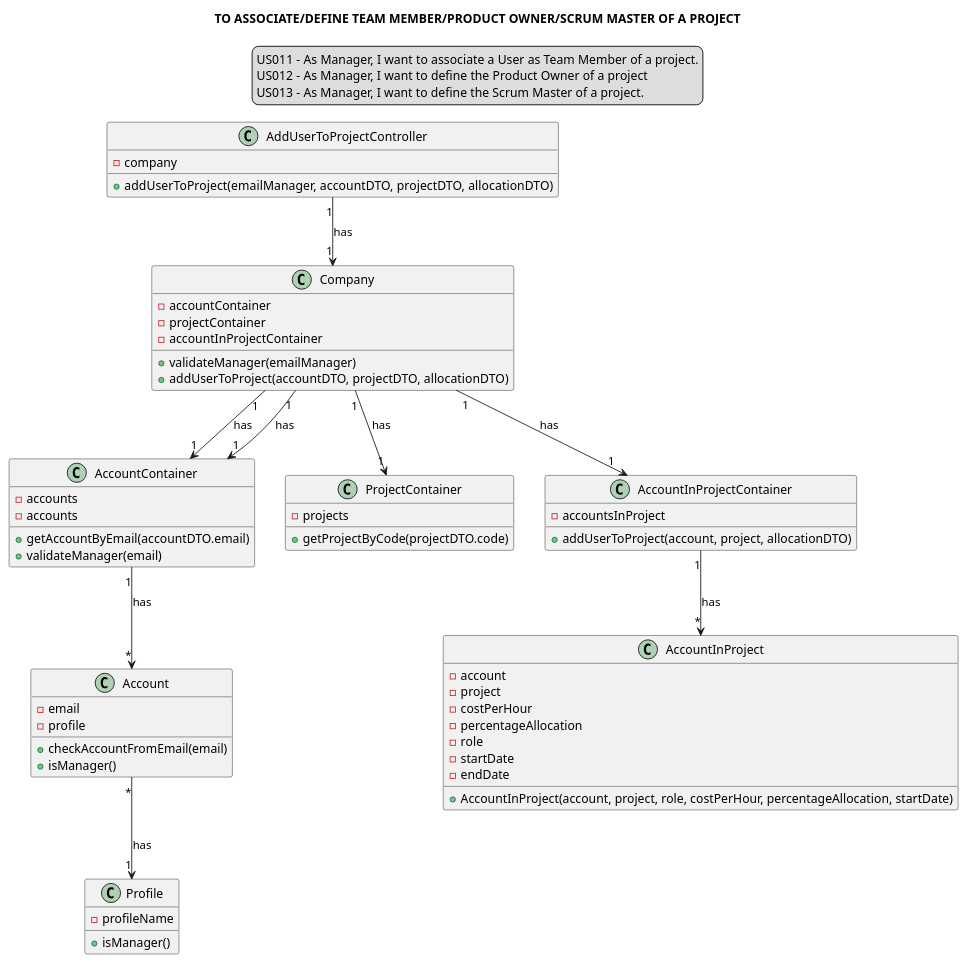
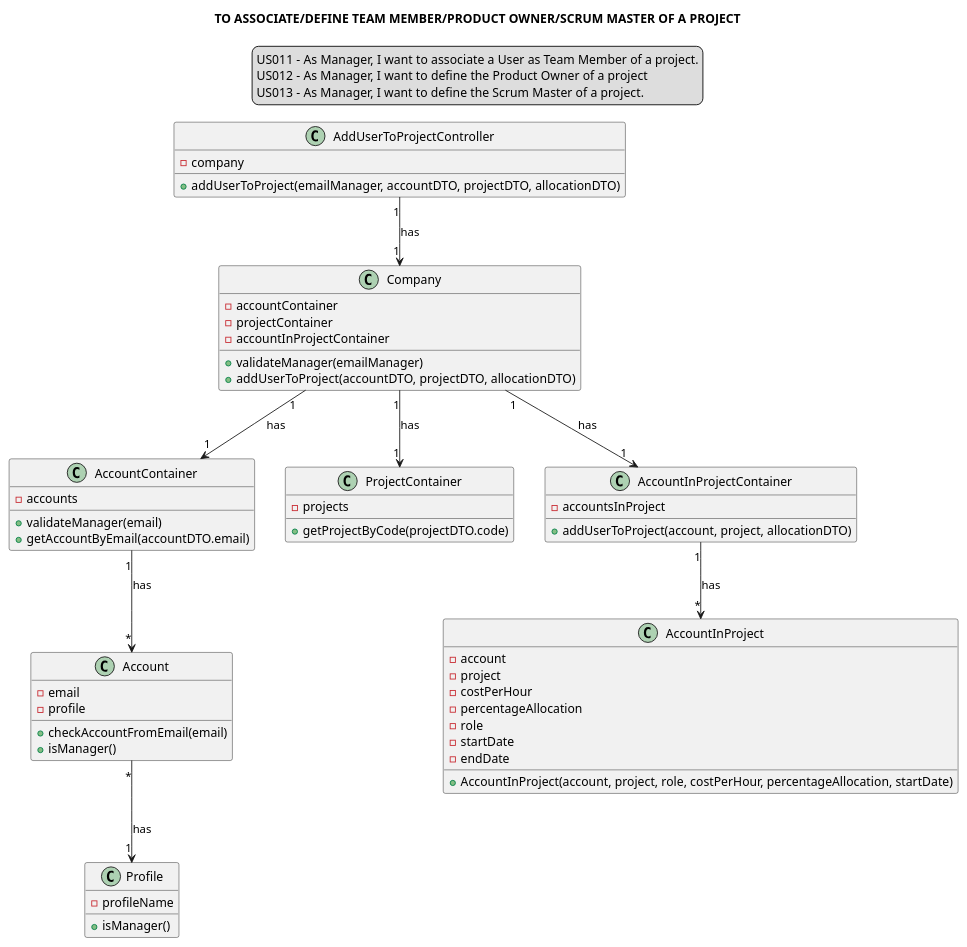
The diagram in docs/modelling_design/user_stories/sprint02/us011_us012_us013/US011_US012_US013_classDiagram.puml (Loracline/project_switch_22-23), drawn with PlantUML before and after one commit.

Commit message:
US011-US013 : Design : Refactor class diagram.

```diff
--- a/docs/modelling_design/user_stories/sprint02/us011_us012_us013/US011_US012_US013_classDiagram.puml
+++ b/docs/modelling_design/user_stories/sprint02/us011_us012_us013/US011_US012_US013_classDiagram.puml
@@ -1,76 +1,71 @@
 @startuml
 
 skinparam sequenceMessageAlign center
 title TO ASSOCIATE/DEFINE TEAM MEMBER/PRODUCT OWNER/SCRUM MASTER OF A PROJECT
 legend top
 US011 - As Manager, I want to associate a User as Team Member of a project.
 US012 - As Manager, I want to define the Product Owner of a project
 US013 - As Manager, I want to define the Scrum Master of a project.
 end legend
 
 class AddUserToProjectController {
 -company
 +addUserToProject(emailManager, accountDTO, projectDTO, allocationDTO)
 }
 
 class Company {
 -accountContainer
 -projectContainer
 -accountInProjectContainer
 +validateManager(emailManager)
 +addUserToProject(accountDTO, projectDTO, allocationDTO)
 }
 
 class AccountContainer {
 -accounts
++validateManager(email)
 +getAccountByEmail(accountDTO.email)
 }
 
 class ProjectContainer {
 -projects
 +getProjectByCode(projectDTO.code)
 }
 
 class AccountInProject{
 -account
 -project
 -costPerHour
 -percentageAllocation
 -role
 -startDate
 -endDate
 +AccountInProject(account, project, role, costPerHour, percentageAllocation, startDate)
 }
 
 class AccountInProjectContainer{
 -accountsInProject
 +addUserToProject(account, project, allocationDTO)
 }
 
-class "AccountContainer"{
--accounts
-+validateManager(email)
-}
-
 class "Account"{
 -email
 -profile
 +checkAccountFromEmail(email)
 +isManager()
 }
 
 class "Profile"{
 -profileName
 +isManager()
 }
 
 
 AddUserToProjectController "1"-->"1" Company:has
 Company "1"-->"1" AccountInProjectContainer: has
 Company "1"-->"1" AccountContainer: has
 Company "1"-->"1" ProjectContainer: has
 AccountInProjectContainer "1"--> "*" AccountInProject: has
-Company "1"-->"1" "AccountContainer": has
 "AccountContainer""1" --> "*""Account": has
 "Account" "*"--> "1""Profile": has
 @enduml
```
